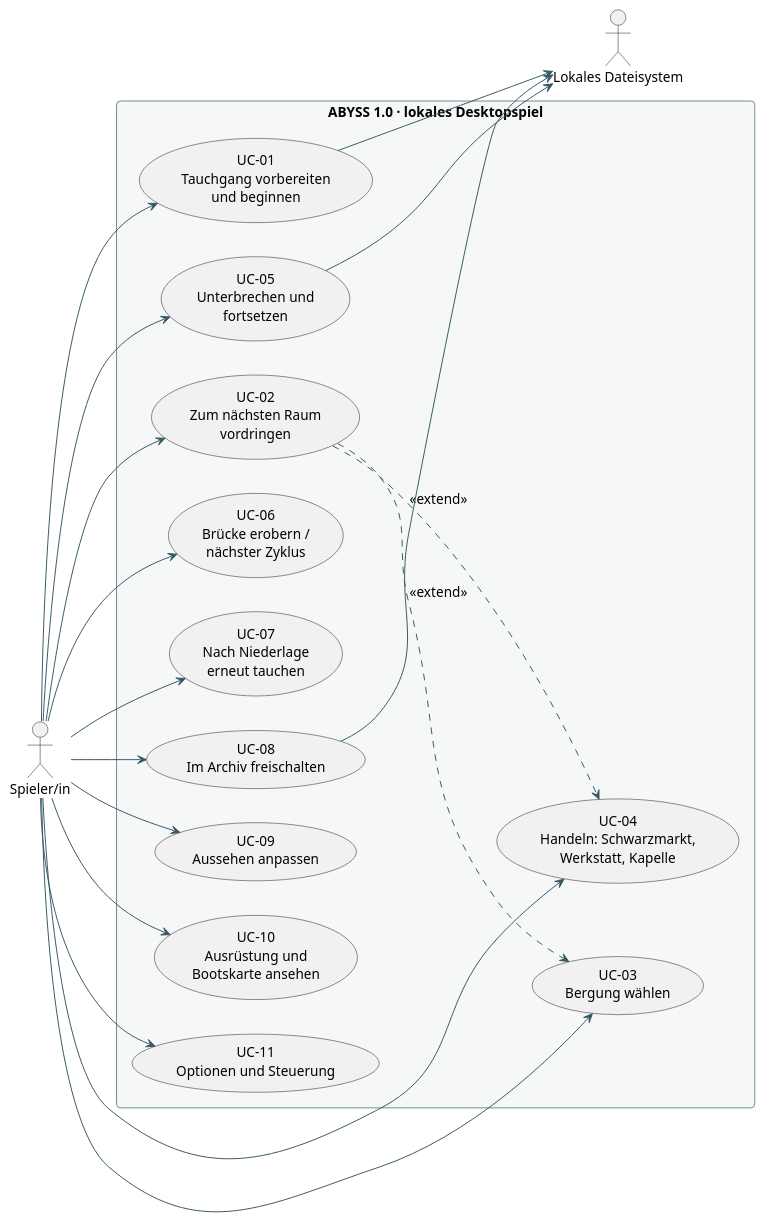
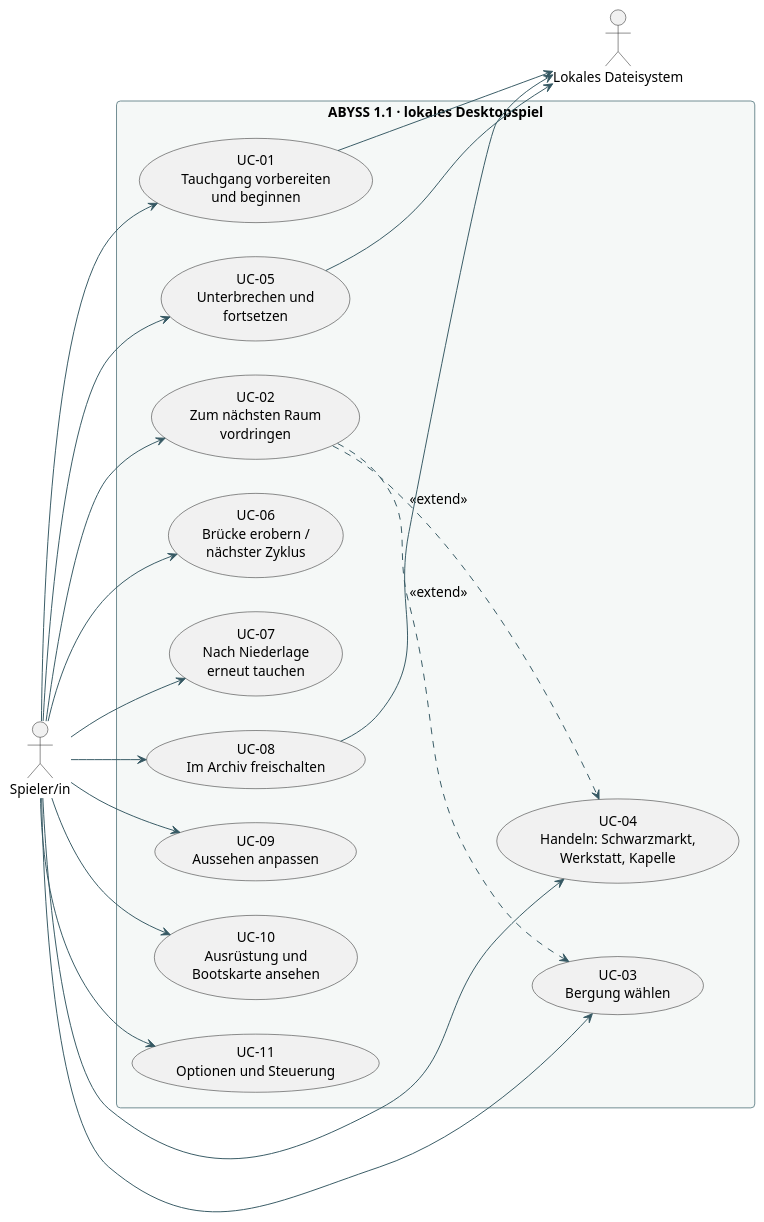
Before and after one commit to bassdav2/abyss: the diagram in docs/diagrams/01-use-cases.puml, drawn with PlantUML. The commit also changed 105 other files, not shown here.

```diff
--- a/docs/diagrams/01-use-cases.puml
+++ b/docs/diagrams/01-use-cases.puml
@@ -1,53 +1,53 @@
 @startuml
 skinparam backgroundColor #FFFFFF
 skinparam defaultFontName Arial
 skinparam defaultFontSize 14
 skinparam shadowing false
 skinparam roundcorner 8
 skinparam ArrowColor #355863
 skinparam classBackgroundColor #EAF3F2
 skinparam classBorderColor #355863
 skinparam participantBackgroundColor #EAF3F2
 skinparam participantBorderColor #355863
 skinparam sequenceLifeLineBorderColor #7A979C
 skinparam noteBackgroundColor #FFF2DA
 skinparam noteBorderColor #D8AA64
 skinparam packageBackgroundColor #F5F8F7
 skinparam packageBorderColor #6E8B91
 skinparam stateBackgroundColor #EAF3F2
 skinparam stateBorderColor #355863
 hide empty members
 left to right direction
 actor "Spieler/in" as Player
-rectangle "ABYSS 1.0 · lokales Desktopspiel" {
+rectangle "ABYSS 1.1 · lokales Desktopspiel" {
  usecase "UC-01\nTauchgang vorbereiten\nund beginnen" as Start
  usecase "UC-02\nZum nächsten Raum\nvordringen" as Progress
  usecase "UC-03\nBergung wählen" as Reward
  usecase "UC-04\nHandeln: Schwarzmarkt,\nWerkstatt, Kapelle" as Trade
  usecase "UC-05\nUnterbrechen und\nfortsetzen" as Resume
  usecase "UC-06\nBrücke erobern /\nnächster Zyklus" as Win
  usecase "UC-07\nNach Niederlage\nerneut tauchen" as Retry
  usecase "UC-08\nIm Archiv freischalten" as Archive
  usecase "UC-09\nAussehen anpassen" as Wardrobe
  usecase "UC-10\nAusrüstung und\nBootskarte ansehen" as Inventory
  usecase "UC-11\nOptionen und Steuerung" as Options
 }
 actor "Lokales Dateisystem" as Disk
 Player --> Start
 Player --> Progress
 Player --> Reward
 Player --> Trade
 Player --> Resume
 Player --> Win
 Player --> Retry
 Player --> Archive
 Player --> Wardrobe
 Player --> Inventory
 Player --> Options
 Progress ..> Reward : <<extend>>
 Progress ..> Trade : <<extend>>
 Start --> Disk
 Resume --> Disk
 Archive --> Disk
 
 @enduml
```
